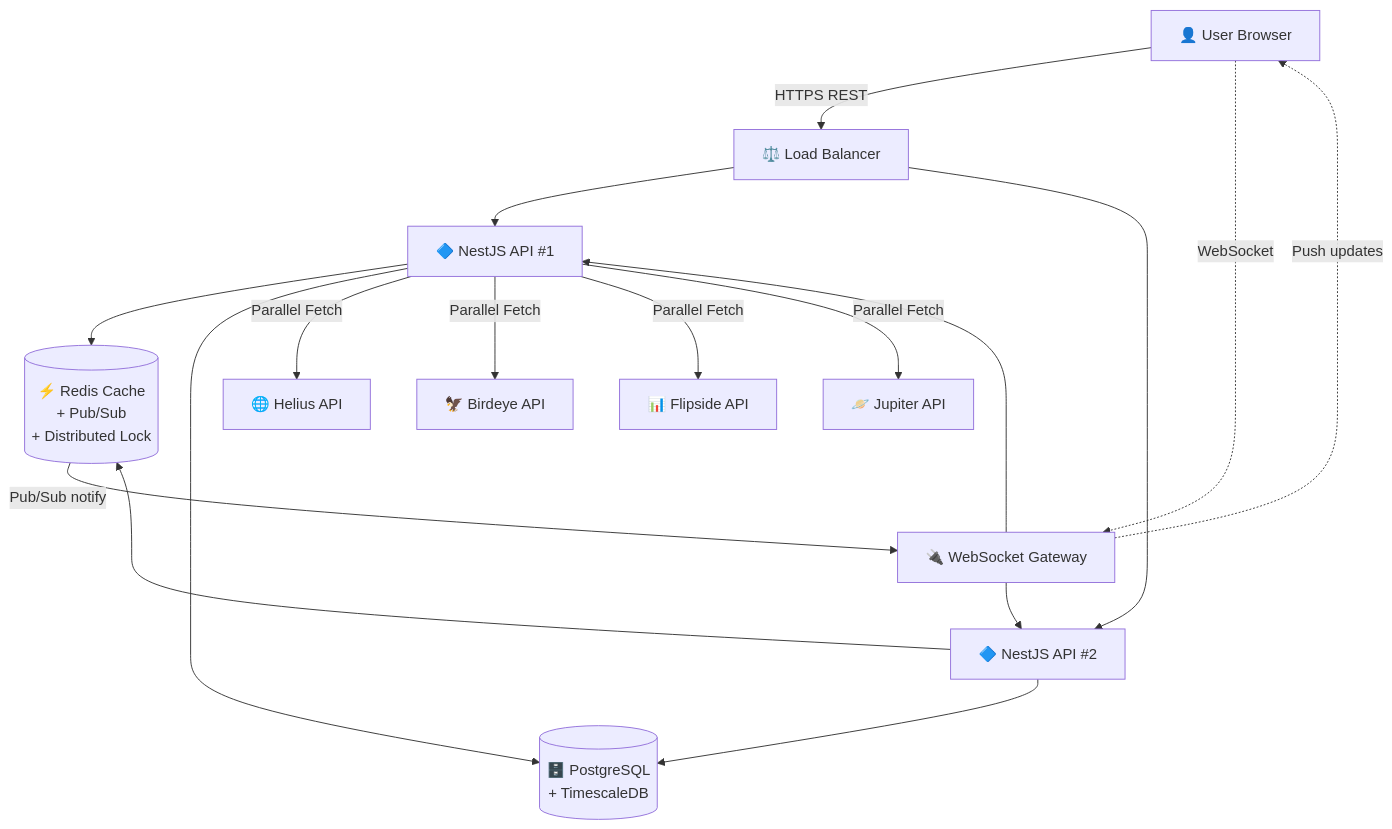
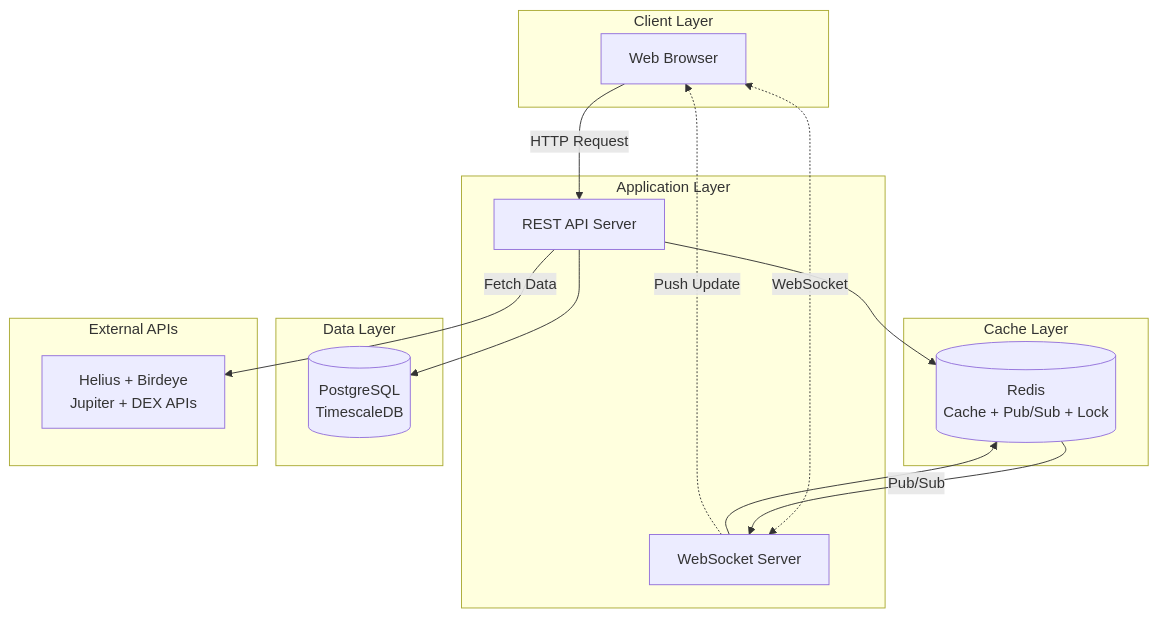
The first of 5 diagrams in README.md (chinhvuong/amm-tool), drawn with Mermaid before and after one commit. The commit also changed other lines of this file, not shown here.

First line of the commit message:
Revise README.md to enhance technical architecture and data flow descriptions

````diff
--- a/README.md
+++ b/README.md
@@ -100,19 +100,32 @@
 ```mermaid
-graph TD
-    U[👤 User Browser] -->|HTTPS REST| LB[⚖️ Load Balancer]
-    U -.->|WebSocket| WS[🔌 WebSocket Gateway]
-    LB --> BE1[🔷 NestJS API #1]
-    LB --> BE2[🔷 NestJS API #2]
-    WS --> BE1
-    WS --> BE2
-    BE1 --> RC[(⚡ Redis Cache<br/>+ Pub/Sub<br/>+ Distributed Lock)]
-    BE2 --> RC
-    BE1 --> DB[(🗄️ PostgreSQL<br/>+ TimescaleDB)]
-    BE2 --> DB
-    BE1 -->|Parallel Fetch| H[🌐 Helius API]
-    BE1 -->|Parallel Fetch| B[🦅 Birdeye API]
-    BE1 -->|Parallel Fetch| F[📊 Flipside API]
-    BE1 -->|Parallel Fetch| J[🪐 Jupiter API]
-    RC -->|Pub/Sub notify| WS
-    WS -.->|Push updates| U
+graph TB
+    subgraph "Client Layer"
+        C[Web Browser]
+    end
+    
+    subgraph "Application Layer"
+        API[REST API Server]
+        WS[WebSocket Server]
+    end
+    
+    subgraph "Cache Layer"
+        REDIS[(Redis<br/>Cache + Pub/Sub + Lock)]
+    end
+    
+    subgraph "Data Layer"
+        DB[(PostgreSQL<br/>TimescaleDB)]
+    end
+    
+    subgraph "External APIs"
+        EXT[Helius + Birdeye<br/>Jupiter + DEX APIs]
+    end
+    
+    C -->|HTTP Request| API
+    C <-.->|WebSocket| WS
+    API --> REDIS
+    API --> DB
+    API -->|Fetch Data| EXT
+    WS --> REDIS
+    REDIS -->|Pub/Sub| WS
+    WS -.->|Push Update| C
 ```
````
